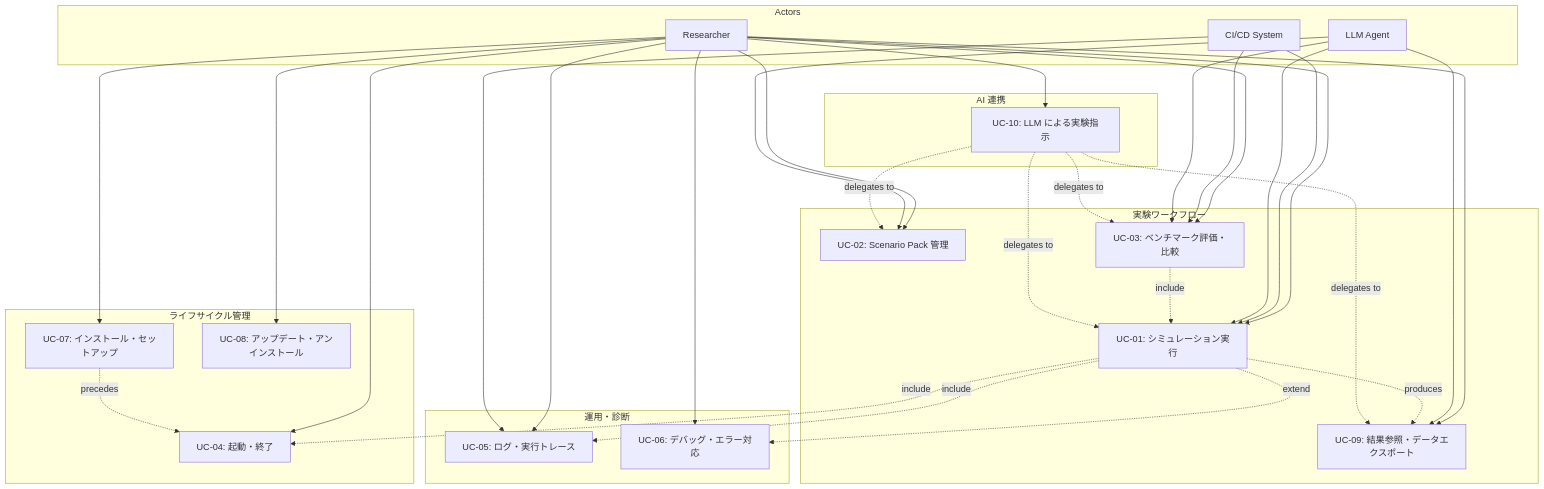
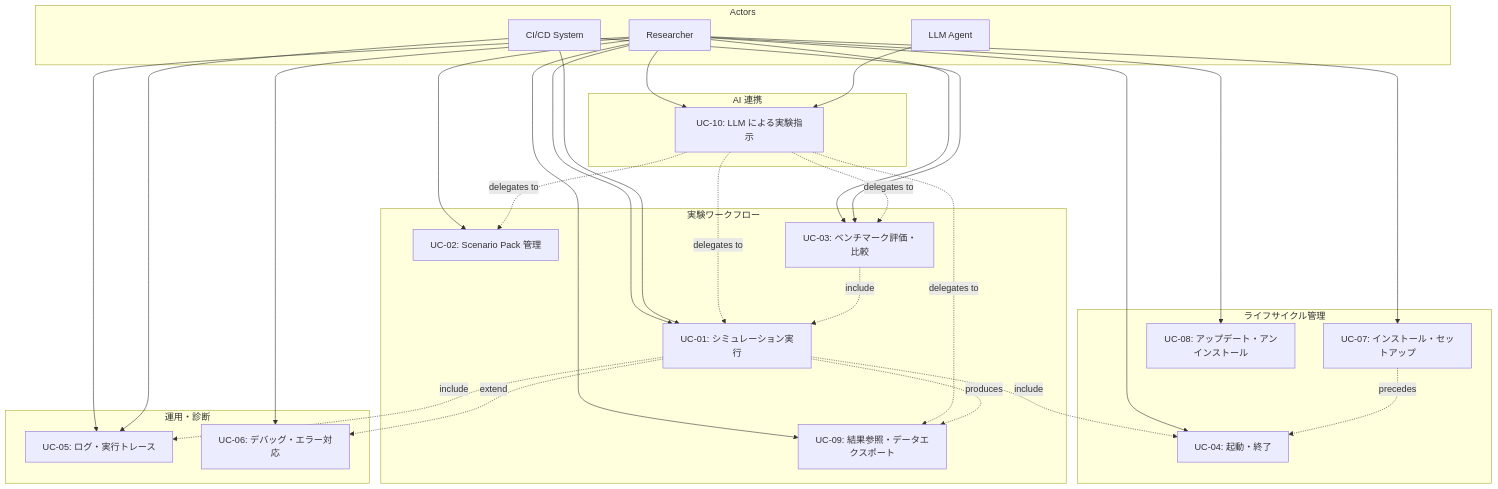
Before and after one commit to bottlenome/gridflow: the first of 4 diagrams in docs/architecture/04_dynamic_view.md, drawn with Mermaid. The commit also changed other lines of this file and 4 other files, not shown here.

````diff
--- a/docs/architecture/04_dynamic_view.md
+++ b/docs/architecture/04_dynamic_view.md
@@ -20,61 +20,58 @@
 ```mermaid
 graph TB
     subgraph Actors
         R[Researcher]
         CI[CI/CD System]
         LLM[LLM Agent]
     end
 
     subgraph "ライフサイクル管理"
         UC07[UC-07: インストール・セットアップ]
         UC08[UC-08: アップデート・アンインストール]
         UC04[UC-04: 起動・終了]
     end
 
     subgraph "実験ワークフロー"
         UC02[UC-02: Scenario Pack 管理]
         UC01[UC-01: シミュレーション実行]
         UC09[UC-09: 結果参照・データエクスポート]
         UC03[UC-03: ベンチマーク評価・比較]
     end
 
     subgraph "運用・診断"
         UC05[UC-05: ログ・実行トレース]
         UC06[UC-06: デバッグ・エラー対応]
     end
 
     subgraph "AI 連携"
         UC10[UC-10: LLM による実験指示]
     end
 
     R --> UC07
     R --> UC08
     R --> UC04
     R --> UC02
     R --> UC01
     R --> UC09
     R --> UC03
     R --> UC05
     R --> UC06
     R --> UC10
 
     CI --> UC01
     CI --> UC03
     CI --> UC05
 
-    LLM --> UC01
-    LLM --> UC02
-    LLM --> UC03
-    LLM --> UC09
+    LLM --> UC10
+    UC10 -.->|delegates to| UC01
+    UC10 -.->|delegates to| UC02
+    UC10 -.->|delegates to| UC03
+    UC10 -.->|delegates to| UC09
 
     UC07 -.->|precedes| UC04
     UC01 -.->|include| UC04
     UC01 -.->|include| UC05
     UC01 -.->|extend| UC06
     UC01 -.->|produces| UC09
     UC03 -.->|include| UC01
-    UC10 -.->|delegates to| UC02
-    UC10 -.->|delegates to| UC01
-    UC10 -.->|delegates to| UC03
-    UC10 -.->|delegates to| UC09
 ```
````
